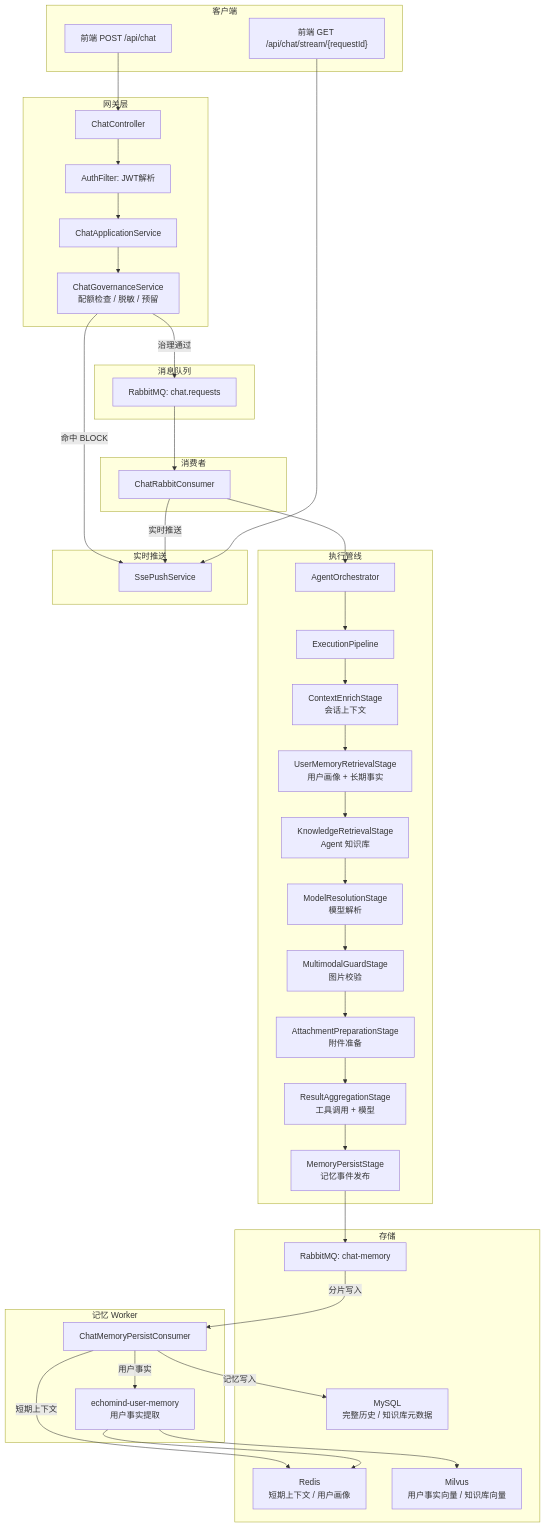
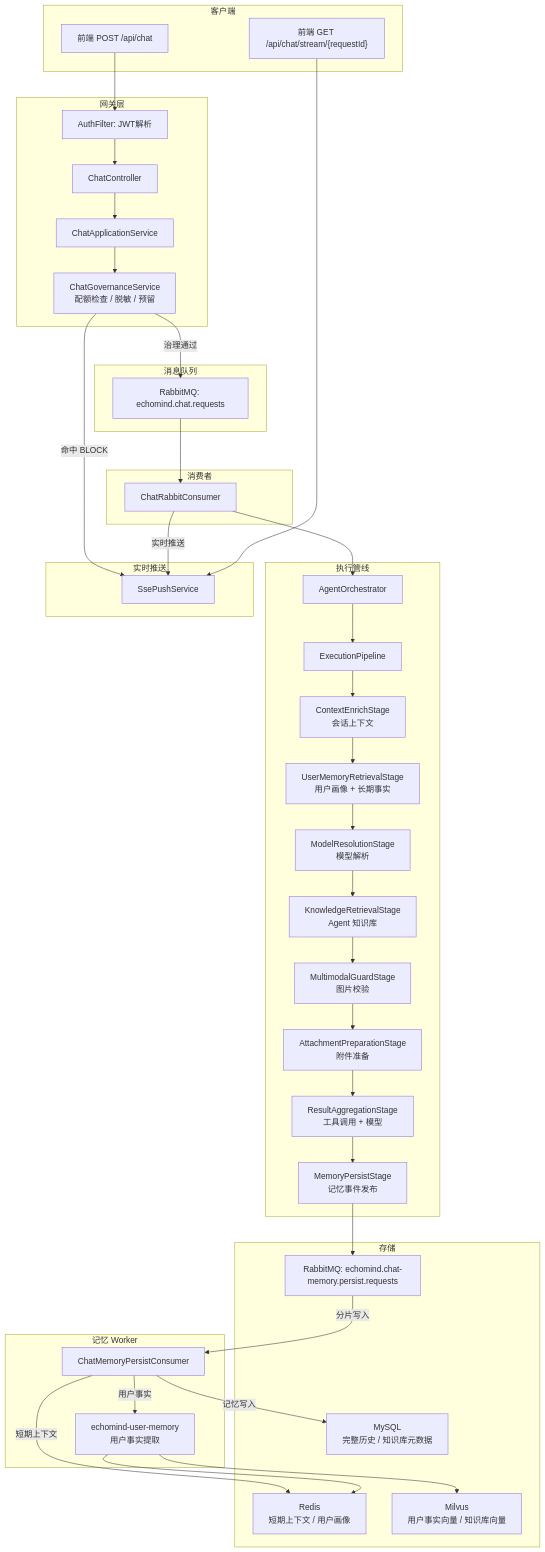
One commit to kaiyue-ai/EchoMind changed the second of 3 diagrams in README.md. Above: the diagram before and after it, drawn with Mermaid. The commit also changed other lines of this file, not shown here.

````diff
--- a/README.md
+++ b/README.md
@@ -124,66 +125,66 @@
 ```mermaid
 flowchart TB
     subgraph Client["客户端"]
         A["前端 POST /api/chat"]
         A2["前端 GET /api/chat/stream/{requestId}"]
     end
 
     subgraph Gateway["网关层"]
+        B2["AuthFilter: JWT解析"]
         B["ChatController"]
-        B2["AuthFilter: JWT解析"]
         B3["ChatApplicationService"]
         B4["ChatGovernanceService<br/>配额检查 / 脱敏 / 预留"]
     end
 
     subgraph Queue["消息队列"]
-        F["RabbitMQ: chat.requests"]
+        F["RabbitMQ: echomind.chat.requests"]
     end
 
     subgraph Consumer["消费者"]
         G["ChatRabbitConsumer"]
     end
 
     subgraph Core["执行管线"]
         H["AgentOrchestrator"]
         J["ExecutionPipeline"]
         L["ContextEnrichStage<br/>会话上下文"]
         U["UserMemoryRetrievalStage<br/>用户画像 + 长期事实"]
         M["ModelResolutionStage<br/>模型解析"]
         N["KnowledgeRetrievalStage<br/>Agent 知识库"]
         MM["MultimodalGuardStage<br/>图片校验"]
         MA["AttachmentPreparationStage<br/>附件准备"]
         O["ResultAggregationStage<br/>工具调用 + 模型"]
         P["MemoryPersistStage<br/>记忆事件发布"]
     end
 
     subgraph Push["实时推送"]
         Q["SsePushService"]
     end
 
     subgraph Storage["存储"]
         MySQL["MySQL<br/>完整历史 / 知识库元数据"]
         Redis["Redis<br/>短期上下文 / 用户画像"]
         Milvus["Milvus<br/>用户事实向量 / 知识库向量"]
-        RabbitMem["RabbitMQ: chat-memory"]
+        RabbitMem["RabbitMQ: echomind.chat-memory.persist.requests"]
     end
 
     subgraph MemoryWorker["记忆 Worker"]
         MW["ChatMemoryPersistConsumer"]
         UW["echomind-user-memory<br/>用户事实提取"]
     end
 
-    A --> B --> B2 --> B3 --> B4
+    A --> B2 --> B --> B3 --> B4
     B4 -->|治理通过| F
     B4 -->|命中 BLOCK| Q
     F --> G --> H --> J
-    J --> L --> U --> N --> M --> MM --> MA --> O --> P
+    J --> L --> U --> M --> N --> MM --> MA --> O --> P
     P --> RabbitMem
     RabbitMem -->|分片写入| MW
     MW -->|记忆写入| MySQL
     MW -->|短期上下文| Redis
     MW -->|用户事实| UW
     UW --> Milvus
     UW --> Redis
     G -->|实时推送| Q
     A2 --> Q
 ```
````
